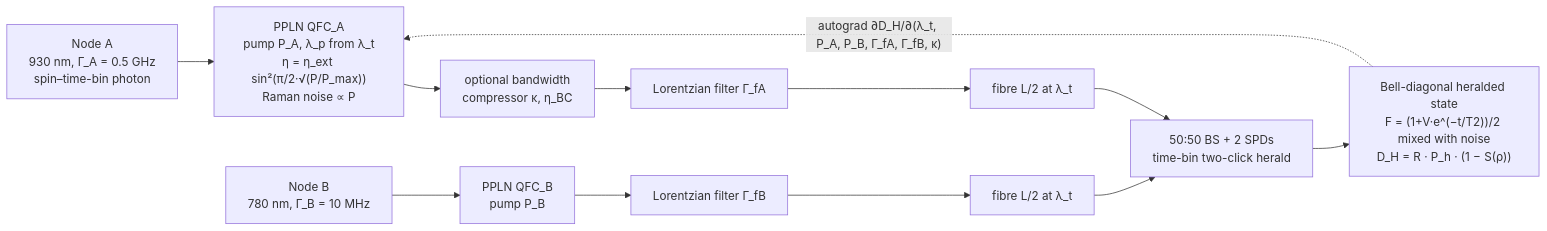
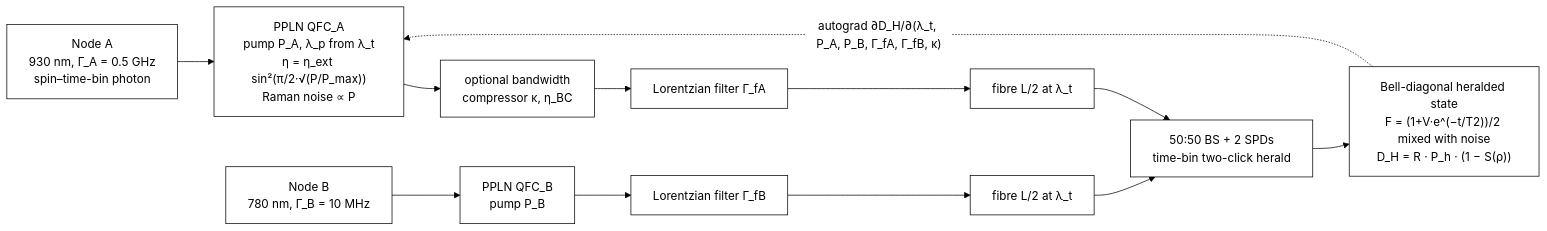
One commit to pradeepdegalaroyal/qfc-codesign-heterogeneous-quantum-links changed the diagram in README.md. Above: the diagram before and after it, drawn with Mermaid. The commit also changed other lines of this file and 2 other files, not shown here.

Commit message:
Docs: spell out abbreviations at first use; diagram labels beside arrows

````diff
--- a/README.md
+++ b/README.md
@@ -63,10 +63,11 @@
 ```mermaid
+%%{init: {'theme': 'base', 'themeVariables': {'primaryColor': '#ffffff', 'primaryTextColor': '#000000', 'primaryBorderColor': '#000000', 'lineColor': '#000000', 'secondaryColor': '#ffffff', 'tertiaryColor': '#ffffff', 'background': '#ffffff', 'noteBkgColor': '#ffffff', 'noteTextColor': '#000000', 'actorBkg': '#ffffff', 'actorBorder': '#000000', 'actorTextColor': '#000000', 'signalColor': '#000000', 'signalTextColor': '#000000', 'labelBoxBkgColor': '#ffffff', 'labelTextColor': '#000000', 'clusterBkg': '#ffffff', 'clusterBorder': '#000000'}}}%%
 flowchart LR
     A["Node A<br/>930 nm, Γ_A = 0.5 GHz<br/>spin–time-bin photon"] --> QA["PPLN QFC_A<br/>pump P_A, λ_p from λ_t<br/>η = η_ext sin²(π/2·√(P/P_max))<br/>Raman noise ∝ P"]
     QA --> CA["optional bandwidth<br/>compressor κ, η_BC"] --> FA["Lorentzian filter Γ_fA"] --> LA["fibre L/2 at λ_t"]
     B["Node B<br/>780 nm, Γ_B = 10 MHz"] --> QB["PPLN QFC_B<br/>pump P_B"] --> FB["Lorentzian filter Γ_fB"] --> LB["fibre L/2 at λ_t"]
     LA --> BSM["50:50 BS + 2 SPDs<br/>time-bin two-click herald"]
     LB --> BSM
     BSM --> M["Bell-diagonal heralded state<br/>F = (1+V·e^(−t/T2))/2 mixed with noise<br/>D_H = R · P_h · (1 − S(ρ))"]
     M -. "autograd ∂D_H/∂(λ_t, P_A, P_B, Γ_fA, Γ_fB, κ)" .-> QA
 ```
````
